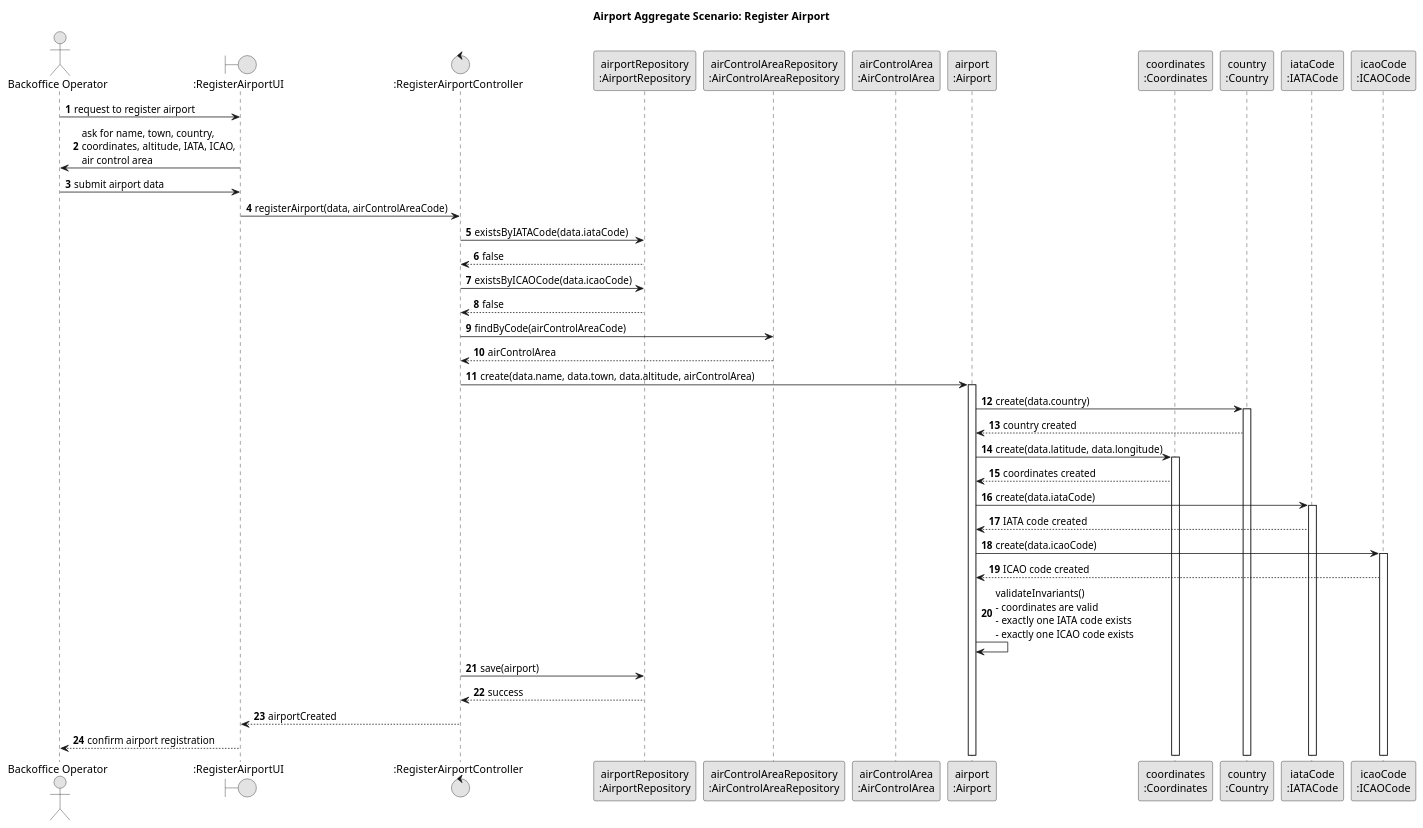
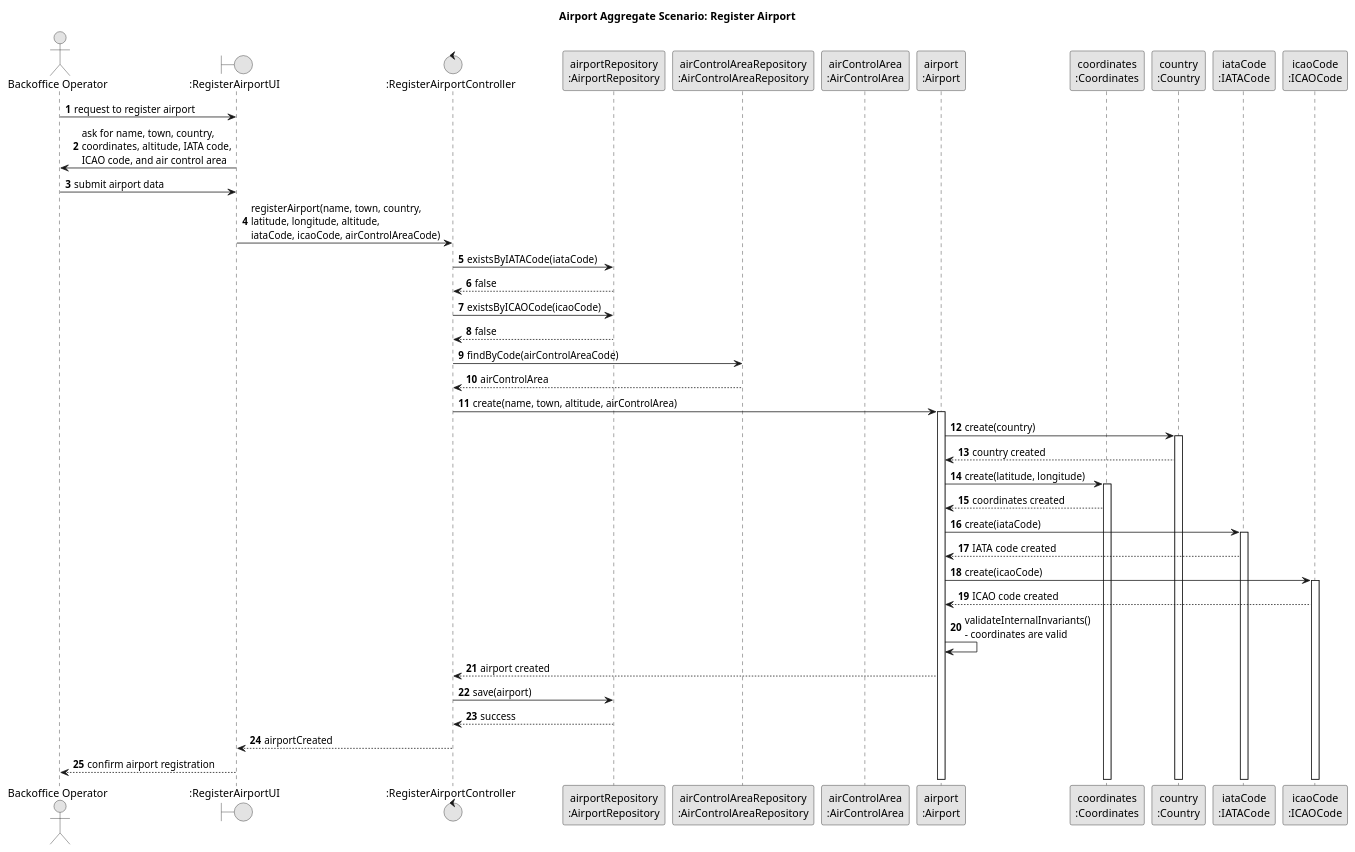
The diagram in docs/global-artifacts/03.design/puml/AirportAggregate-SD.puml (GustavoFerreira24/flight-management-platform), drawn with PlantUML before and after one commit. The commit also changed 5 other files, not shown here.

Commit message:
US11 (Code & Docs) - Removed "data" and specified all of it from AirControlArea, Airport, and AirTransportCompany SD's and clarified responsibilities in documentation [#18][#19]

```diff
--- a/docs/global-artifacts/03.design/puml/AirportAggregate-SD.puml
+++ b/docs/global-artifacts/03.design/puml/AirportAggregate-SD.puml
@@ -1,59 +1,60 @@
 @startuml
 title Airport Aggregate Scenario: Register Airport
 
 skinparam monochrome true
 skinparam packageStyle rectangle
 skinparam shadowing false
 
 autonumber
 
 actor "Backoffice Operator" as BO
 boundary ":RegisterAirportUI" as UI
 control ":RegisterAirportController" as C
 participant "airportRepository\n:AirportRepository" as AirportRepo
 participant "airControlAreaRepository\n:AirControlAreaRepository" as AreaRepo
 participant "airControlArea\n:AirControlArea" as Area
 participant "airport\n:Airport" as Airport
 participant "coordinates\n:Coordinates" as Coordinates
 participant "country\n:Country" as Country
 participant "iataCode\n:IATACode" as IATACode
 participant "icaoCode\n:ICAOCode" as ICAOCode
 
 BO -> UI : request to register airport
-UI -> BO : ask for name, town, country,\ncoordinates, altitude, IATA, ICAO,\nair control area
+UI -> BO : ask for name, town, country,\ncoordinates, altitude, IATA code,\nICAO code, and air control area
 
 BO -> UI : submit airport data
-UI -> C : registerAirport(data, airControlAreaCode)
+UI -> C : registerAirport(name, town, country,\nlatitude, longitude, altitude,\niataCode, icaoCode, airControlAreaCode)
 
-C -> AirportRepo : existsByIATACode(data.iataCode)
+C -> AirportRepo : existsByIATACode(iataCode)
 AirportRepo --> C : false
 
-C -> AirportRepo : existsByICAOCode(data.icaoCode)
+C -> AirportRepo : existsByICAOCode(icaoCode)
 AirportRepo --> C : false
 
 C -> AreaRepo : findByCode(airControlAreaCode)
 AreaRepo --> C : airControlArea
 
-C -> Airport ++ : create(data.name, data.town, data.altitude, airControlArea)
+C -> Airport ++ : create(name, town, altitude, airControlArea)
 
-Airport -> Country ++ : create(data.country)
+Airport -> Country ++ : create(country)
 Country --> Airport : country created
 
-Airport -> Coordinates ++ : create(data.latitude, data.longitude)
+Airport -> Coordinates ++ : create(latitude, longitude)
 Coordinates --> Airport : coordinates created
 
-Airport -> IATACode ++ : create(data.iataCode)
+Airport -> IATACode ++ : create(iataCode)
 IATACode --> Airport : IATA code created
 
-Airport -> ICAOCode ++ : create(data.icaoCode)
+Airport -> ICAOCode ++ : create(icaoCode)
 ICAOCode --> Airport : ICAO code created
 
-Airport -> Airport : validateInvariants()\n- coordinates are valid\n- exactly one IATA code exists\n- exactly one ICAO code exists
+Airport -> Airport : validateInternalInvariants()\n- coordinates are valid
+Airport --> C : airport created
 
 C -> AirportRepo : save(airport)
 AirportRepo --> C : success
 
 C --> UI : airportCreated
 UI --> BO : confirm airport registration
 
 @enduml
```
